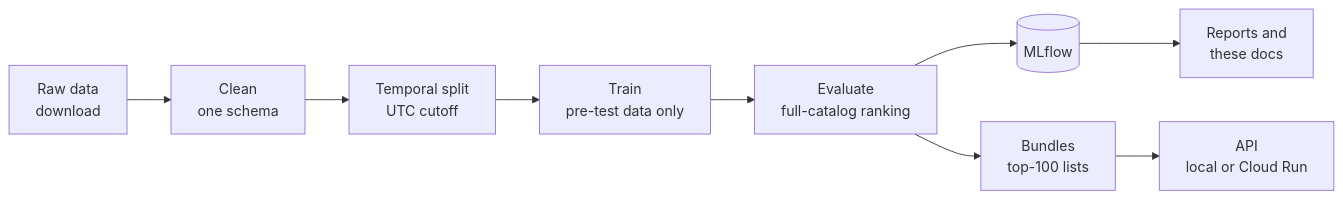
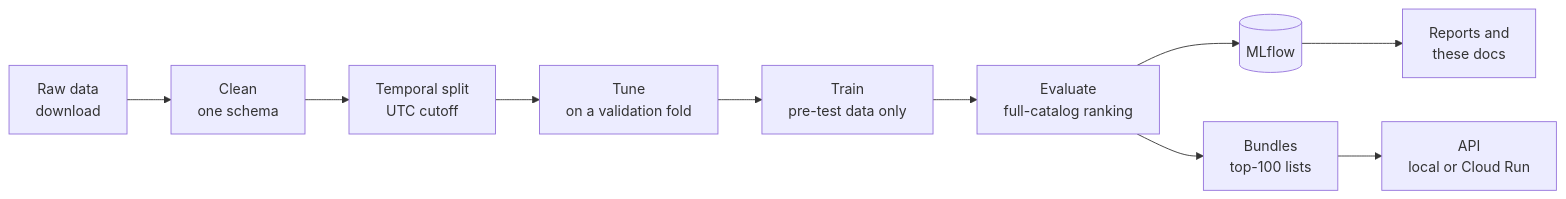
One commit to trunghieu11/recbench changed the diagram in docs/index.md. Above: the diagram before and after it, drawn with Mermaid. The commit also changed other lines of this file and 97 other files, not shown here.

````diff
--- a/docs/index.md
+++ b/docs/index.md
@@ -20,11 +22,12 @@
 ```mermaid
 flowchart LR
     A[Raw data<br/>download] --> B[Clean<br/>one schema]
     B --> C[Temporal split<br/>UTC cutoff]
-    C --> D[Train<br/>pre-test data only]
+    C --> T[Tune<br/>on a validation fold]
+    T --> D[Train<br/>pre-test data only]
     D --> E[Evaluate<br/>full-catalog ranking]
     E --> F[(MLflow)]
     F --> G[Reports and<br/>these docs]
     E --> H[Bundles<br/>top-100 lists]
     H --> I[API<br/>local or Cloud Run]
 ```
````
